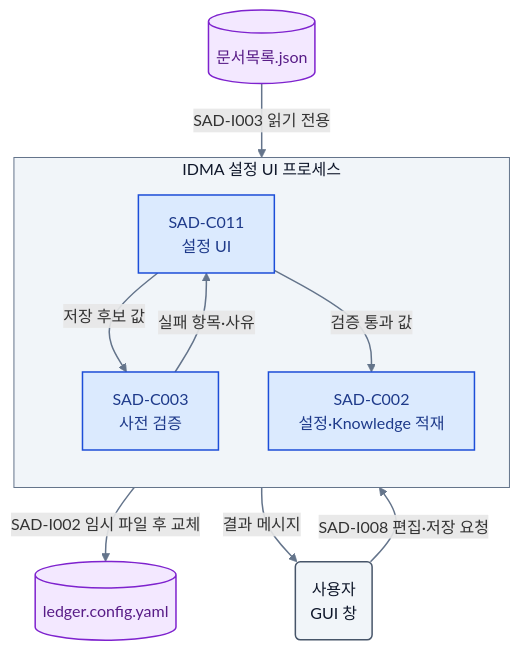
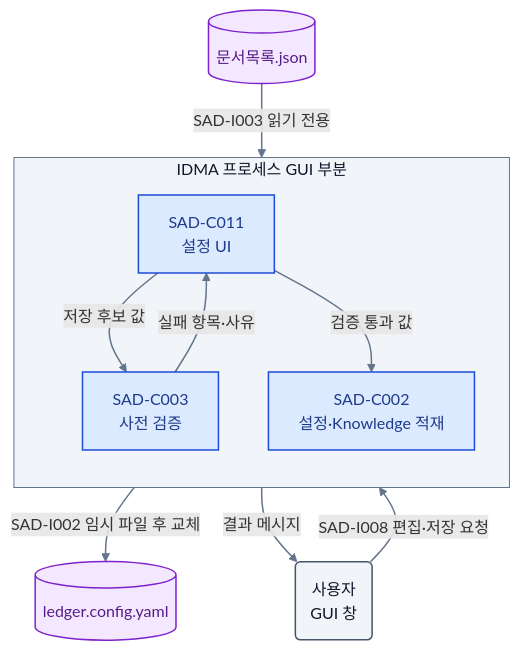
Before and after one commit to jby2199/IDMA: the third of 4 diagrams in docs/3.Design/SAD.md, drawn with Mermaid. The commit also changed other lines of this file and 7 other files, not shown here.

````diff
--- a/docs/3.Design/SAD.md
+++ b/docs/3.Design/SAD.md
@@ -439,21 +465,21 @@
 ```mermaid
 flowchart TB
     U("사용자<br/>GUI 창") -->|SAD-I008 편집·저장 요청| UI
-    subgraph SYS[IDMA 설정 UI 프로세스]
+    subgraph SYS[IDMA 프로세스 GUI 부분]
         direction TB
         UI["SAD-C011<br/>설정 UI"] -->|저장 후보 값| V["SAD-C003<br/>사전 검증"]
         V -->|실패 항목·사유| UI
         UI -->|검증 통과 값| B["SAD-C002<br/>설정·Knowledge 적재"]
     end
     B -->|SAD-I002 임시 파일 후 교체| CF[("ledger.config.yaml")]
     KF[("문서목록.json")] -->|SAD-I003 읽기 전용| B
     UI -->|결과 메시지| U
     classDef process fill:#DBEAFE,stroke:#1D4ED8,color:#1E3A8A,stroke-width:1.5px;
     classDef data fill:#F3E8FF,stroke:#7E22CE,color:#581C87,stroke-width:1.5px;
     classDef neutral fill:#F1F5F9,stroke:#475569,color:#0F172A,stroke-width:1.5px;
     class UI,V,B process;
     class CF,KF data;
     class U neutral;
     style SYS fill:#F1F5F9,stroke:#64748B,color:#0F172A;
     linkStyle default stroke:#64748B,stroke-width:1.5px;
 ```
````
